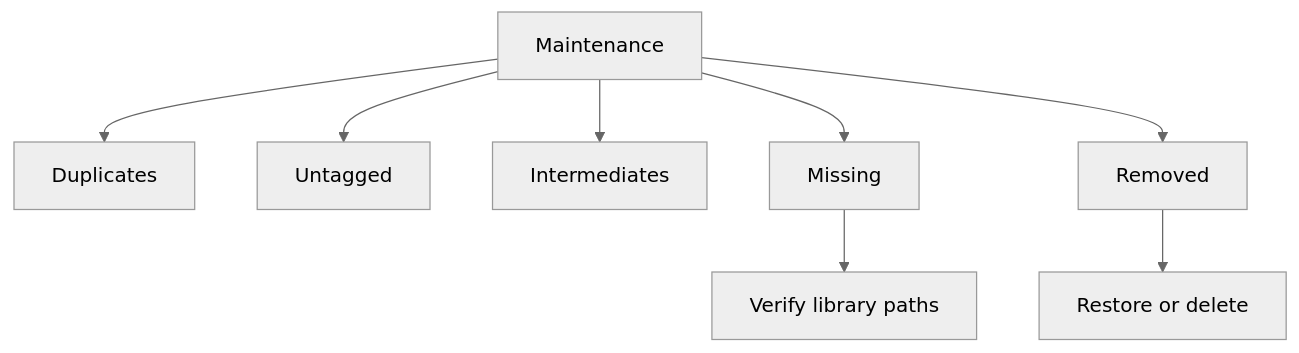
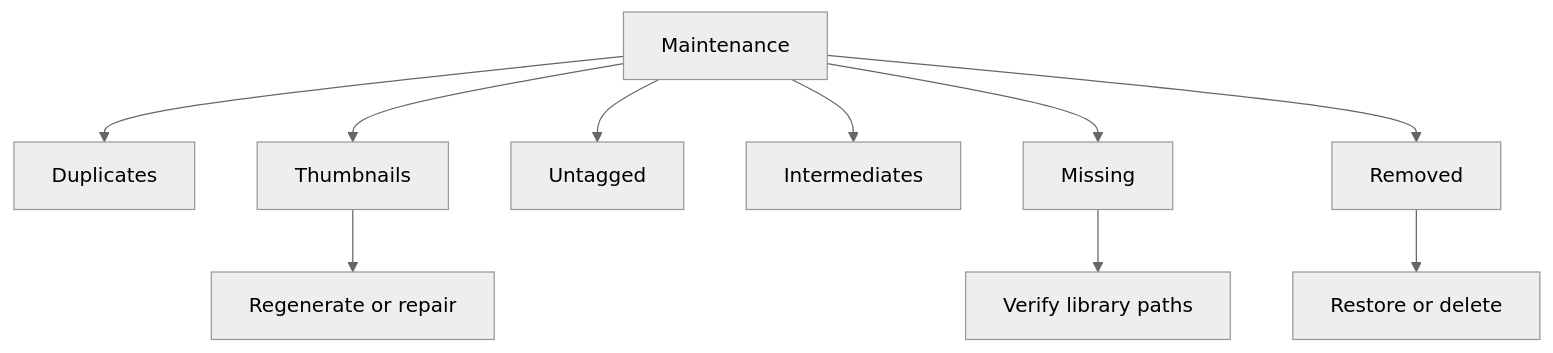
The diagram in docs/manual/maintenance.md (AsuraAce/ambit), drawn with Mermaid (neutral theme) before and after one commit. The commit also changed other lines of this file and 7 other files, not shown here.

````diff
--- a/docs/manual/maintenance.md
+++ b/docs/manual/maintenance.md
@@ -17,10 +18,12 @@
 ```mermaid
 flowchart TD
     A["Maintenance"] --> B["Duplicates"]
-    A --> C["Untagged"]
-    A --> D["Intermediates"]
-    A --> E["Missing"]
-    A --> F["Removed"]
-    E --> G["Verify library paths"]
-    F --> H["Restore or delete"]
+    A --> C["Thumbnails"]
+    A --> D["Untagged"]
+    A --> E["Intermediates"]
+    A --> F["Missing"]
+    A --> G["Removed"]
+    C --> H["Regenerate or repair"]
+    F --> I["Verify library paths"]
+    G --> J["Restore or delete"]
 ```
````
